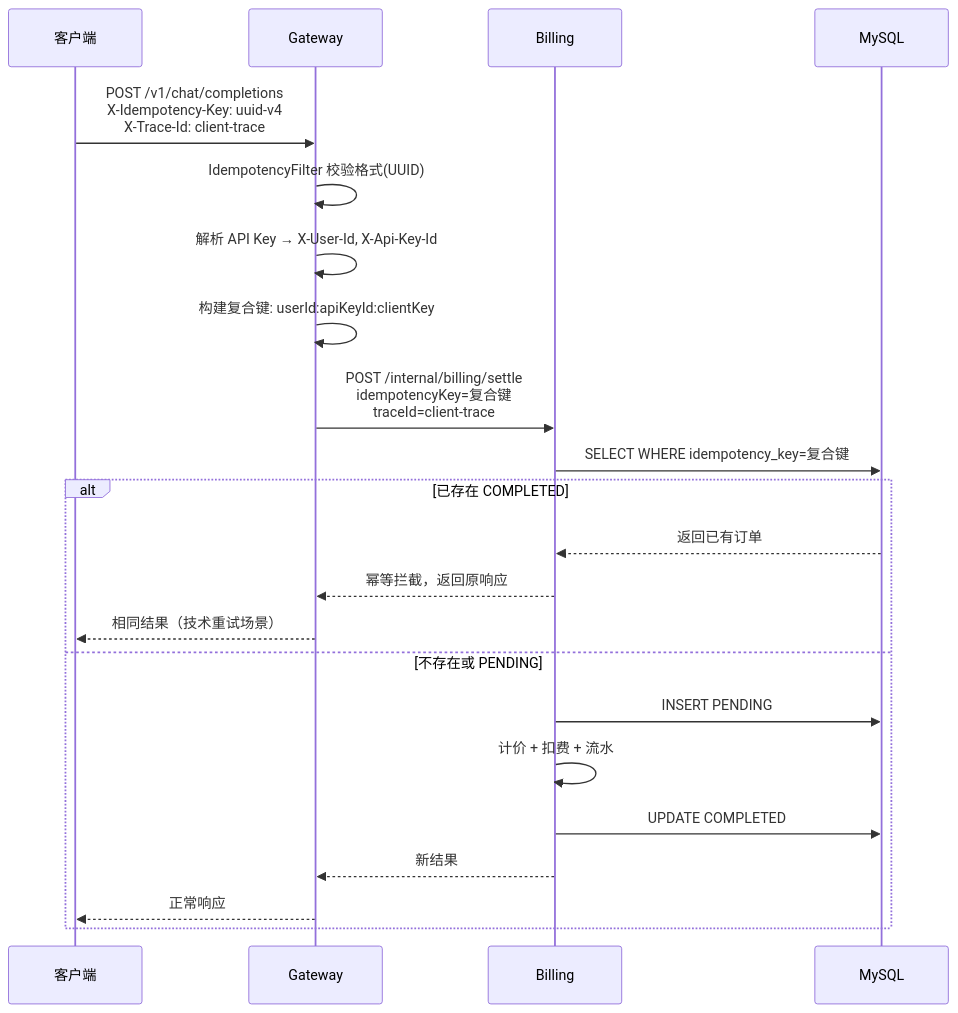
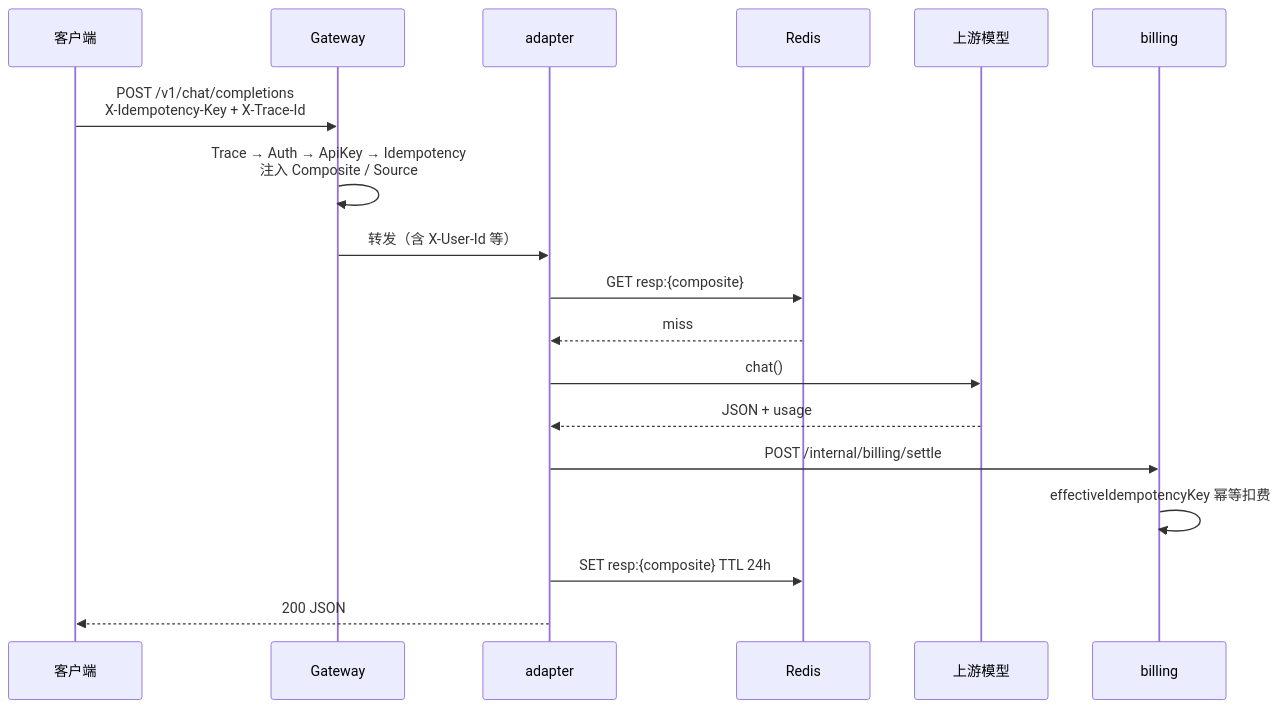
The second of 4 diagrams in docs/TDD/O-10-客户端幂等键设计.md (chinasongsong/token-charge-system), drawn with Mermaid before and after one commit. The commit also changed other lines of this file and 3 other files, not shown here.

````diff
--- a/docs/TDD/O-10-客户端幂等键设计.md
+++ b/docs/TDD/O-10-客户端幂等键设计.md
@@ -119,25 +135,21 @@
 ```mermaid
 sequenceDiagram
     participant C as 客户端
     participant G as Gateway
-    participant B as Billing
-    participant DB as MySQL
-    
-    C->>G: POST /v1/chat/completions<br/>X-Idempotency-Key: uuid-v4<br/>X-Trace-Id: client-trace
-    G->>G: IdempotencyFilter 校验格式(UUID)
-    G->>G: 解析 API Key → X-User-Id, X-Api-Key-Id
-    G->>G: 构建复合键: userId:apiKeyId:clientKey
-    G->>B: POST /internal/billing/settle<br/>idempotencyKey=复合键<br/>traceId=client-trace
-    B->>DB: SELECT WHERE idempotency_key=复合键
-    alt 已存在 COMPLETED
-        DB-->>B: 返回已有订单
-        B-->>G: 幂等拦截，返回原响应
-        G-->>C: 相同结果（技术重试场景）
-    else 不存在或 PENDING
-        B->>DB: INSERT PENDING
-        B->>B: 计价 + 扣费 + 流水
-        B->>DB: UPDATE COMPLETED
-        B-->>G: 新结果
-        G-->>C: 正常响应
-    end
+    participant A as adapter
+    participant R as Redis
+    participant UP as 上游模型
+    participant B as billing
+
+    C->>G: POST /v1/chat/completions<br/>X-Idempotency-Key + X-Trace-Id
+    G->>G: Trace → Auth → ApiKey → Idempotency<br/>注入 Composite / Source
+    G->>A: 转发（含 X-User-Id 等）
+    A->>R: GET resp:{composite}
+    R-->>A: miss
+    A->>UP: chat()
+    UP-->>A: JSON + usage
+    A->>B: POST /internal/billing/settle
+    B->>B: effectiveIdempotencyKey 幂等扣费
+    A->>R: SET resp:{composite} TTL 24h
+    A-->>C: 200 JSON
 ```
````
